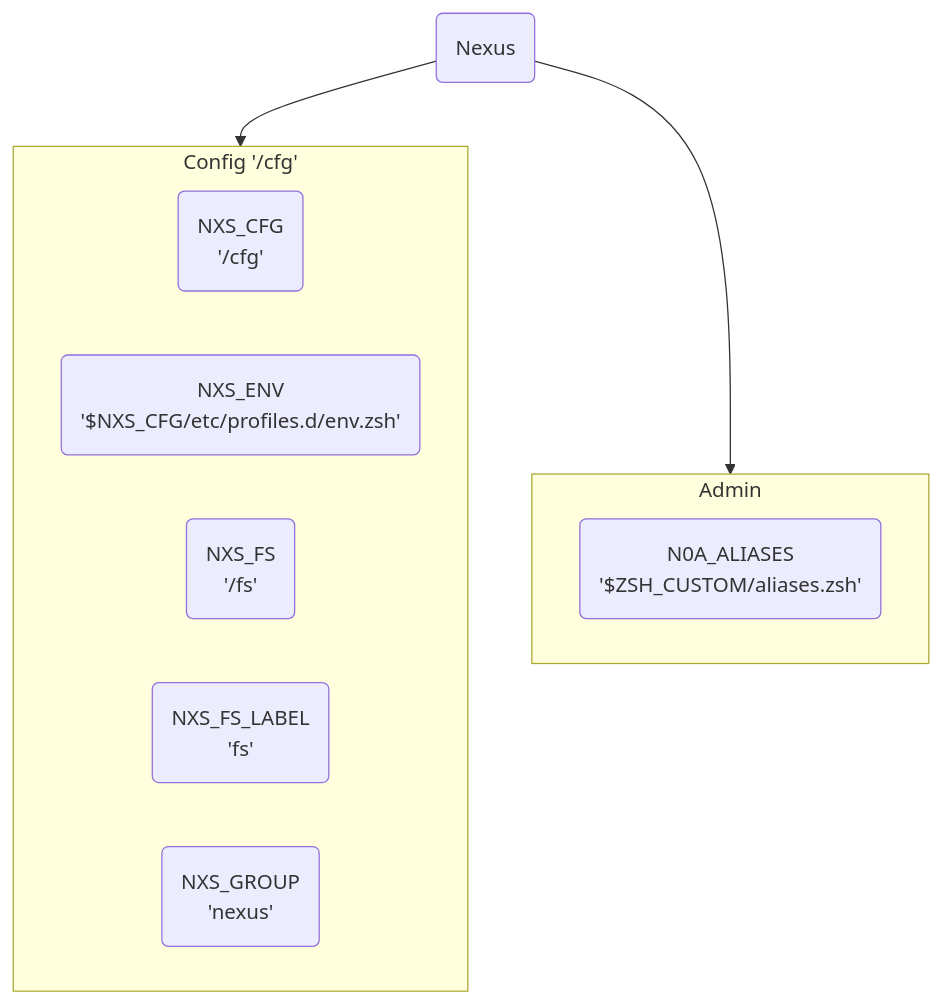
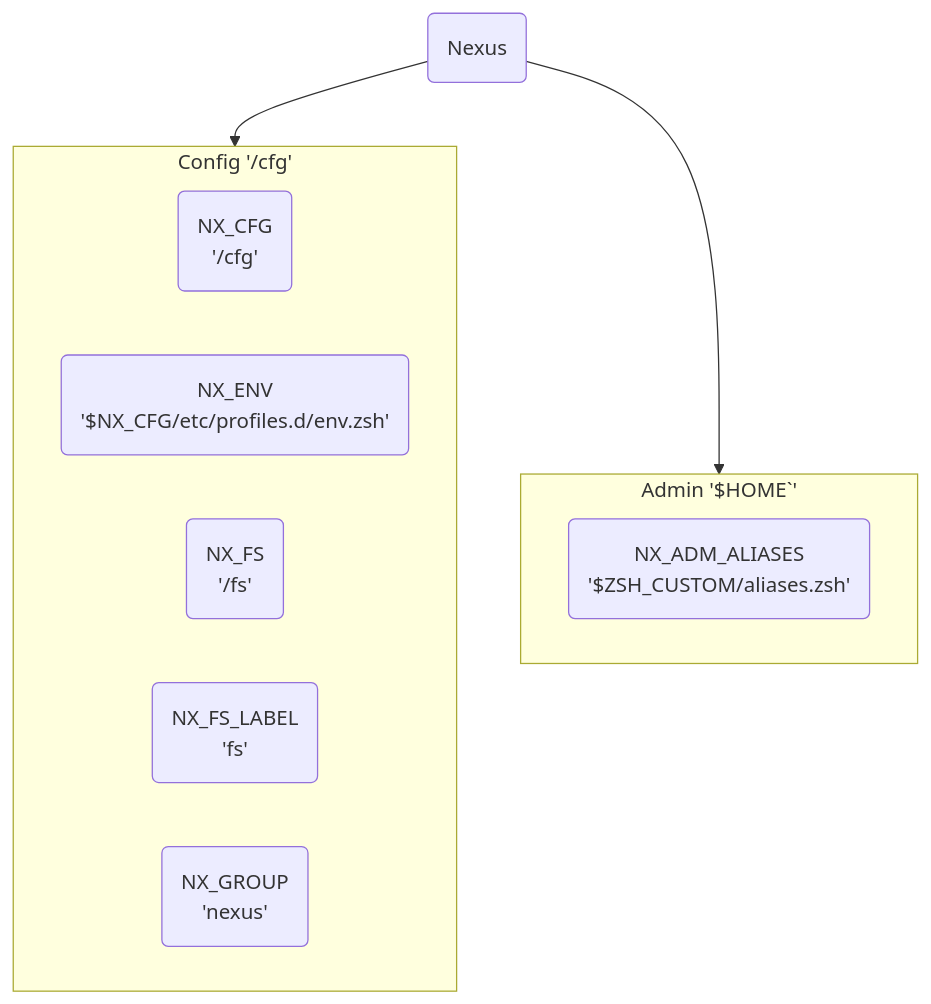
The diagram in setup/basic.md (agenkit/GHost), drawn with Mermaid before and after one commit. The commit also changed other lines of this file and 1 other file, not shown here.

Commit message:
Nexus control: env variables, `nxctl` wrappers, system user/group, `git`  + symlink for config files.

````diff
--- a/setup/basic.md
+++ b/setup/basic.md
@@ -36,22 +46,20 @@
 ```mermaid
 graph TB
    n("Nexus")
-   cfg("NXS_CFG<br>'/cfg'")
-   env("NXS_ENV<br>'$NXS_CFG/etc/profiles.d/env.zsh'")
-   fs("NXS_FS<br>'/fs'")
-   fsl("NXS_FS_LABEL<br>'fs'")
-   grp("NXS_GROUP<br>'nexus'")
-   as("N0A_ALIASES<br>'$ZSH_CUSTOM/aliases.zsh'")
+   cfg("NX_CFG<br>'/cfg'")
+   env("NX_ENV<br>'$NX_CFG/etc/profiles.d/env.zsh'")
+   fs("NX_FS<br>'/fs'")
+   fsl("NX_FS_LABEL<br>'fs'")
+   grp("NX_GROUP<br>'nexus'")
+   as("NX_ADM_ALIASES<br>'$ZSH_CUSTOM/aliases.zsh'")
 
    n --> c
    subgraph c["Config '/cfg'"]
-      
       cfg & env & fs & fsl & grp
-   
    end
    
    n --> a
-   subgraph a["Admin"]
+   subgraph a["Admin '$HOME`'"]
       as
    end
 ```
````
